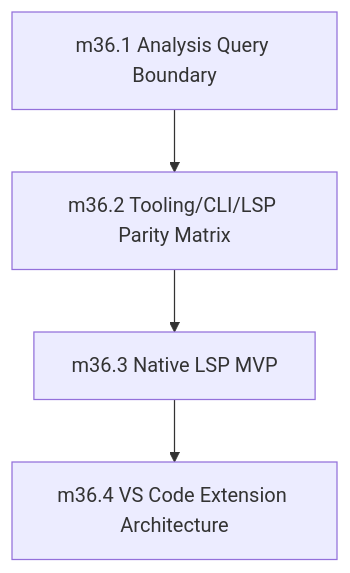
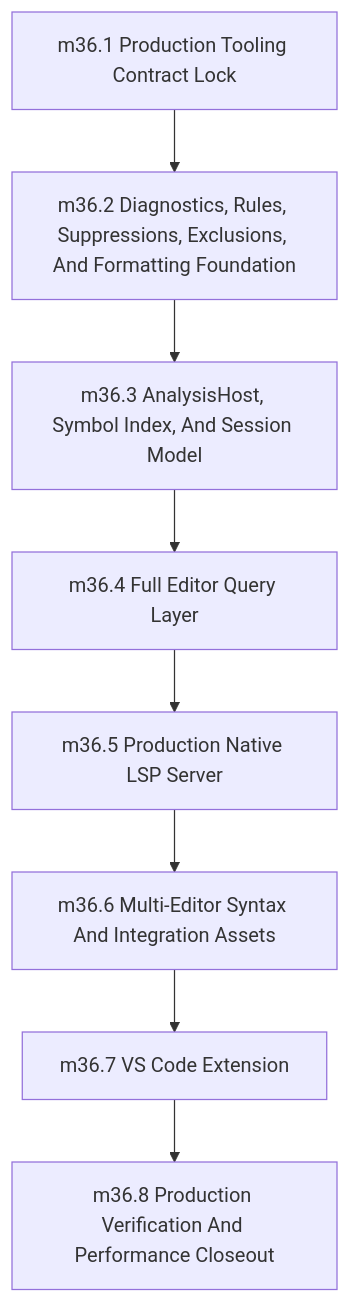
One commit to sifr-lang/sifr changed the diagram in internal_docs/phases/36_developer_tooling_and_ecosystem_hooks.md. Above: the diagram before and after it, drawn with Mermaid. The commit also changed other lines of this file and 6 other files, not shown here.

Commit message:
Refine production tooling phase plan

````diff
--- a/internal_docs/phases/36_developer_tooling_and_ecosystem_hooks.md
+++ b/internal_docs/phases/36_developer_tooling_and_ecosystem_hooks.md
@@ -292,11 +435,19 @@
 ```mermaid
 flowchart TD
-    m36_1["m36.1 Analysis Query Boundary"]
-    m36_2["m36.2 Tooling/CLI/LSP Parity Matrix"]
-    m36_3["m36.3 Native LSP MVP"]
-    m36_4["m36.4 VS Code Extension Architecture"]
+    m36_1["m36.1 Production Tooling Contract Lock"]
+    m36_2["m36.2 Diagnostics, Rules, Suppressions, Exclusions, And Formatting Foundation"]
+    m36_3["m36.3 AnalysisHost, Symbol Index, And Session Model"]
+    m36_4["m36.4 Full Editor Query Layer"]
+    m36_5["m36.5 Production Native LSP Server"]
+    m36_6["m36.6 Multi-Editor Syntax And Integration Assets"]
+    m36_7["m36.7 VS Code Extension"]
+    m36_8["m36.8 Production Verification And Performance Closeout"]
 
     m36_1 --> m36_2
     m36_2 --> m36_3
     m36_3 --> m36_4
+    m36_4 --> m36_5
+    m36_5 --> m36_6
+    m36_6 --> m36_7
+    m36_7 --> m36_8
 ```
````
